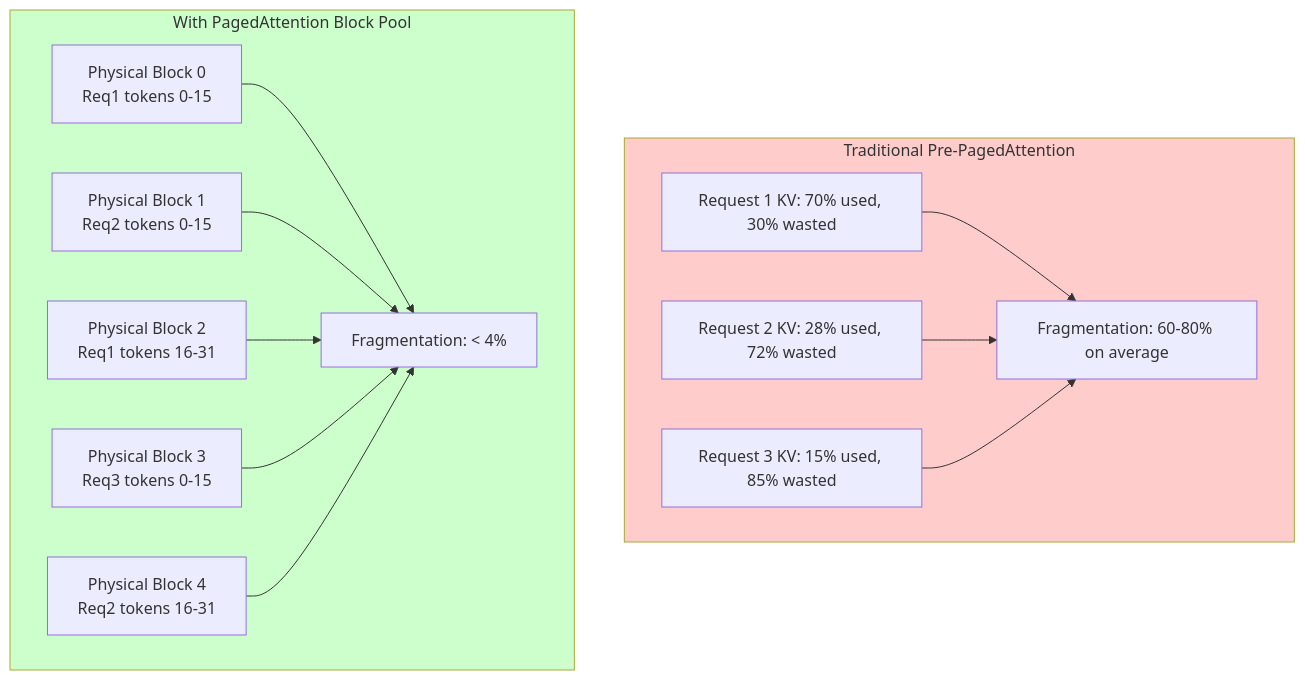
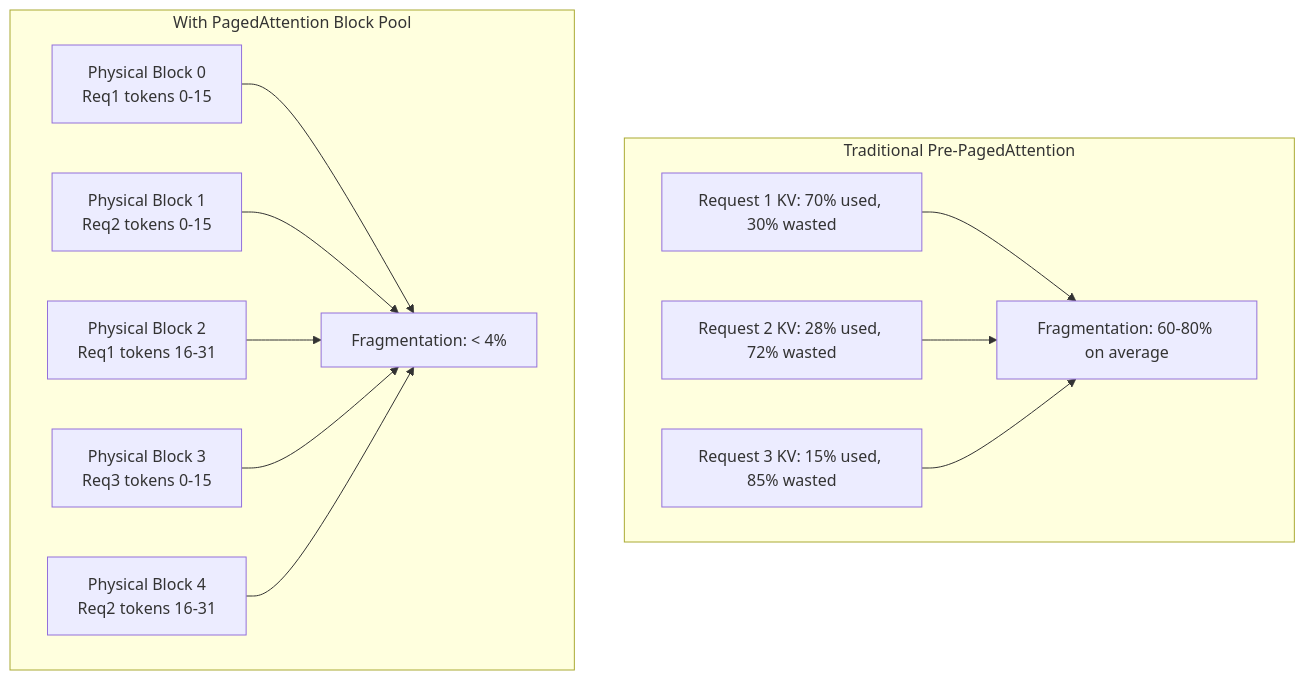
Before and after one commit to farhanshaikh-fslabs/anatomy-of-inference-serving: diagram 13 of 39 in README.md, drawn with Mermaid. The commit also changed other lines of this file, not shown here.

````diff
--- a/README.md
+++ b/README.md
@@ -626,31 +626,31 @@
 ```mermaid
 graph TB
     subgraph Traditional["Traditional Pre-PagedAttention"]
         Req1["Request 1 KV: 70% used, 30% wasted"]
         Req2["Request 2 KV: 28% used, 72% wasted"]
         Req3["Request 3 KV: 15% used, 85% wasted"]
         Frag["Fragmentation: 60-80% on average"]
         
         Req1 --> Frag
         Req2 --> Frag
         Req3 --> Frag
     end
     
     subgraph Paged["With PagedAttention Block Pool"]
         B0["Physical Block 0<br/>Req1 tokens 0-15"]
         B1["Physical Block 1<br/>Req2 tokens 0-15"]
         B2["Physical Block 2<br/>Req1 tokens 16-31"]
         B3["Physical Block 3<br/>Req3 tokens 0-15"]
         B4["Physical Block 4<br/>Req2 tokens 16-31"]
         Frag2["Fragmentation: < 4%"]
         
         B0 --> Frag2
         B1 --> Frag2
         B2 --> Frag2
         B3 --> Frag2
         B4 --> Frag2
     end
     
-    style Traditional fill:#ffcccc
-    style Paged fill:#ccffcc
+
+
 ```
````
